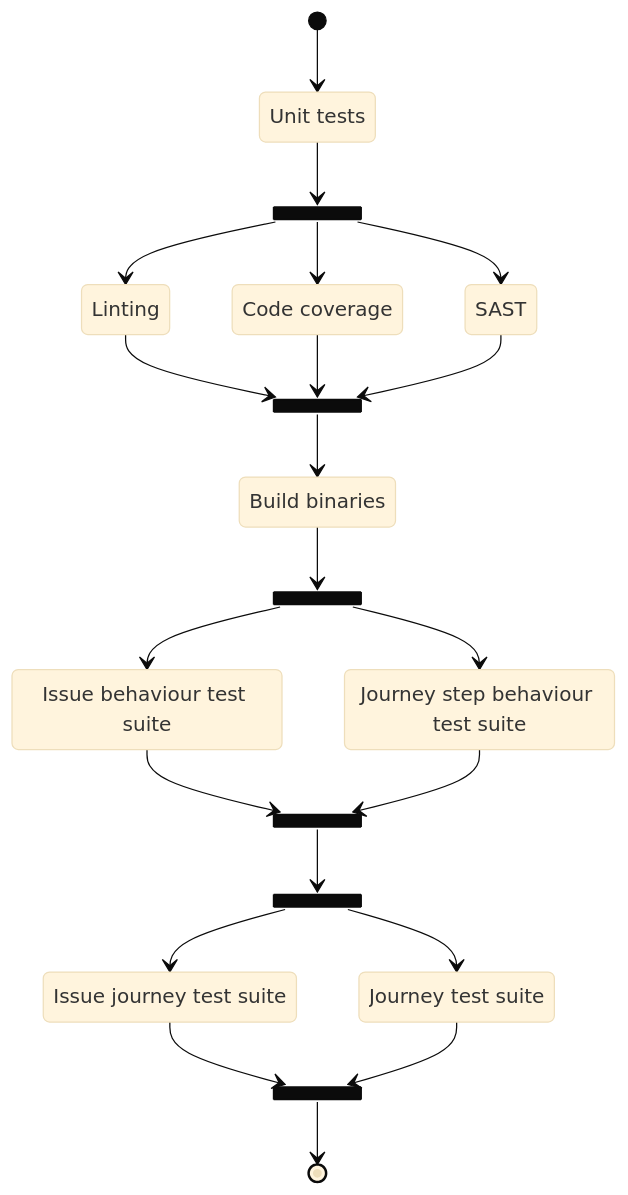
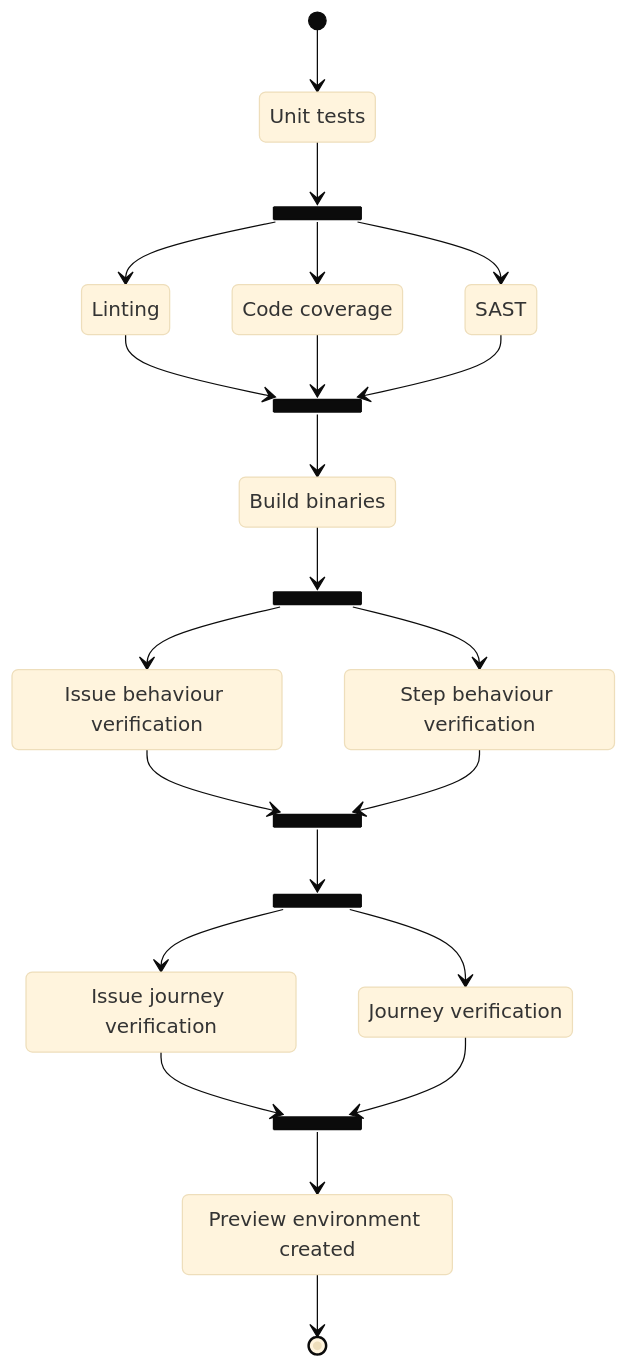
One commit to ContinuousEngineeringProject/ContinuousEngineeringProject.github.io changed the eighth of 10 diagrams in docs/factory_pipelines.md. Above: the diagram before and after it, drawn with Mermaid (base theme). The commit also changed other lines of this file, not shown here.

````diff
--- a/docs/factory_pipelines.md
+++ b/docs/factory_pipelines.md
@@ -140,40 +146,42 @@
 ```mermaid
 stateDiagram-v2
   s0 : Unit tests
   s1 : Linting
   s2 : Code coverage
   s3 : SAST
   s4 : Build binaries
-  s5 : Issue behaviour test suite
-  s6 : Journey step behaviour test suite
-  s7 : Issue journey test suite
-  s8 : Journey test suite
+  s5 : Issue behaviour verification
+  s6 : Step behaviour verification
+  s7 : Issue journey verification
+  s8 : Journey verification
+  s9 : Preview environment created
   
   state f1 <<fork>>
   state j1 <<join>>
   state f2 <<fork>>
   state j2 <<join>>
   state f3 <<fork>>
   state j3 <<join>>
   
   [*] --> s0
   s0 --> f1
   f1 --> s1
   f1 --> s2
   f1 --> s3
   s1 --> j1
   s2 --> j1
   s3 --> j1
   j1 --> s4
   s4 --> f2
   f2 --> s5
   f2 --> s6
   s5 --> j2
   s6 --> j2
   j2 --> f3
   f3 --> s7
   f3 --> s8
   s7 --> j3
   s8 --> j3
-  j3 --> [*]
+  j3 --> s9
+  s9 --> [*]
 ```
````
